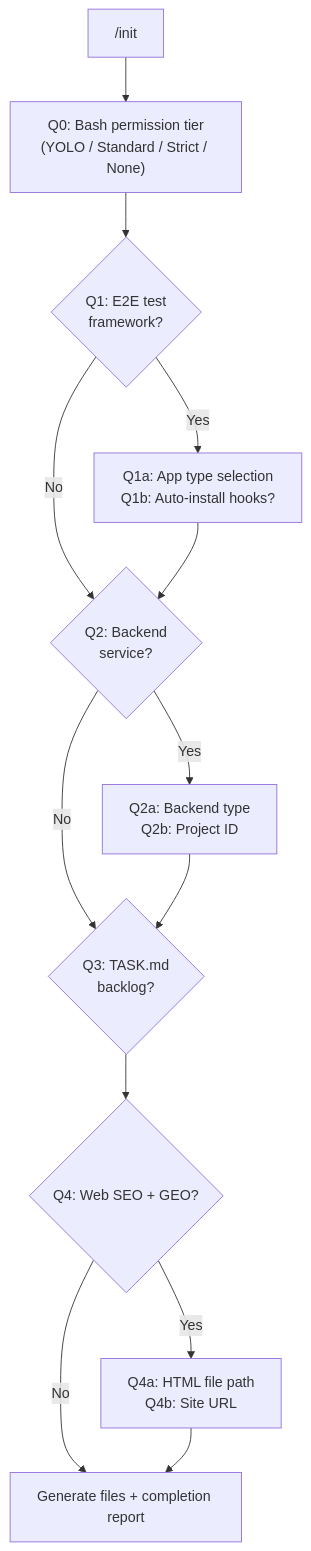
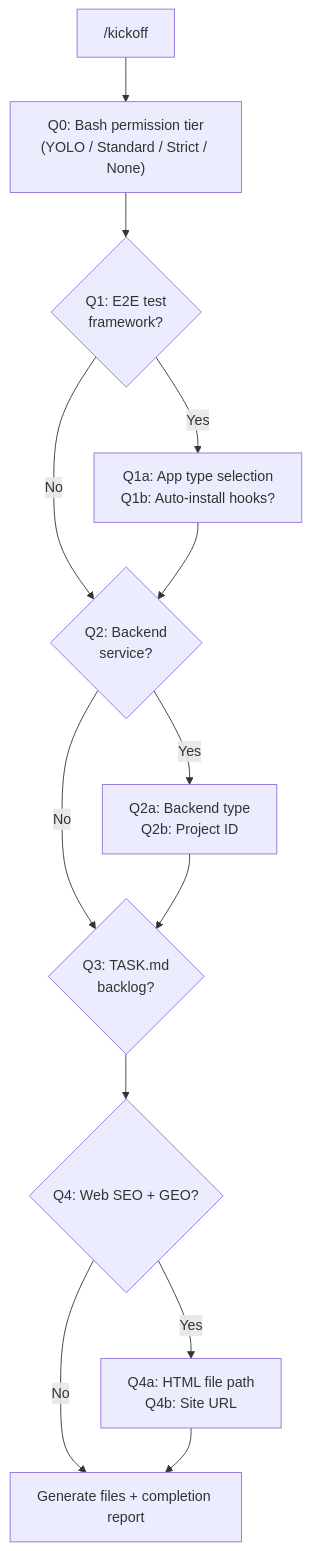
One commit to seungjaeyuu/claude-project-bootstrap changed the second of 3 diagrams in README.en.md. Above: the diagram before and after it, drawn with Mermaid. The commit also changed other lines of this file and 6 other files, not shown here.

````diff
--- a/README.en.md
+++ b/README.en.md
@@ -92,15 +91,15 @@
 ```mermaid
 flowchart TD
-    INIT["/init"] --> Q0["Q0: Bash permission tier<br>(YOLO / Standard / Strict / None)"]
+    INIT["/kickoff"] --> Q0["Q0: Bash permission tier<br>(YOLO / Standard / Strict / None)"]
     Q0 --> Q1{"Q1: E2E test<br>framework?"}
     Q1 -->|Yes| Q1S["Q1a: App type selection<br>Q1b: Auto-install hooks?"]
     Q1 -->|No| Q2
     Q1S --> Q2{"Q2: Backend<br>service?"}
     Q2 -->|Yes| Q2S["Q2a: Backend type<br>Q2b: Project ID"]
     Q2 -->|No| Q3
     Q2S --> Q3{"Q3: TASK.md<br>backlog?"}
     Q3 --> Q4{"Q4: Web SEO + GEO?"}
     Q4 -->|Yes| Q4S["Q4a: HTML file path<br>Q4b: Site URL"]
     Q4 -->|No| GEN
     Q4S --> GEN["Generate files + completion report"]
 ```
````
